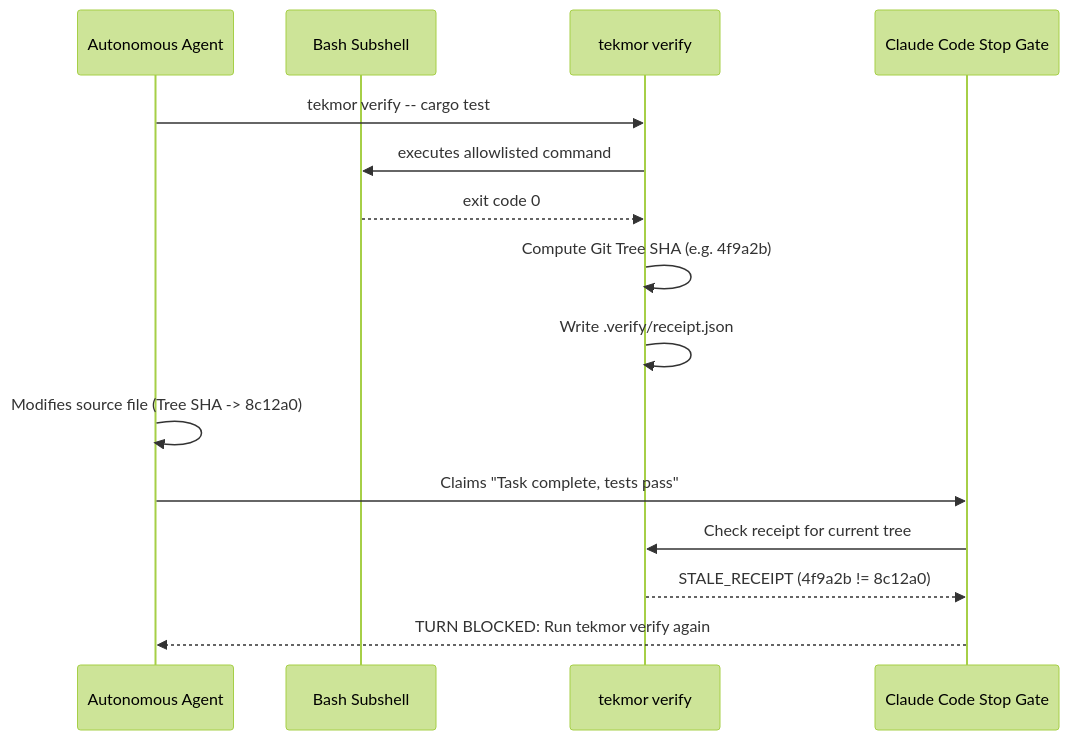
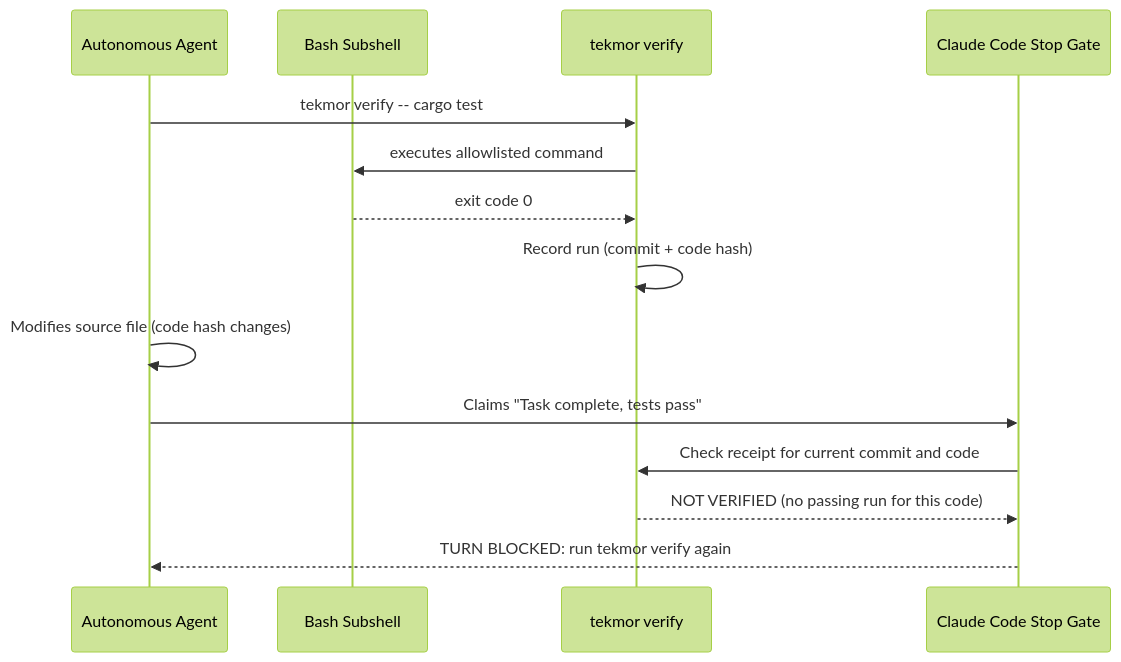
The diagram in src/routes/tekmor/docs/verification/+page.md (autonomic-ai-dev/website), drawn with Mermaid (forest theme) before and after one commit. The commit also changed other lines of this file and 20 other files, not shown here.

````diff
--- a/src/routes/tekmor/docs/verification/+page.md
+++ b/src/routes/tekmor/docs/verification/+page.md
@@ -17,18 +17,17 @@
 ```mermaid
 sequenceDiagram
     participant Agent as Autonomous Agent
     participant Shell as Bash Subshell
     participant Tekmor as tekmor verify
     participant Hook as Claude Code Stop Gate
 
     Agent->>Tekmor: tekmor verify -- cargo test
     Tekmor->>Shell: executes allowlisted command
     Shell-->>Tekmor: exit code 0
-    Tekmor->>Tekmor: Compute Git Tree SHA (e.g. 4f9a2b)
-    Tekmor->>Tekmor: Write .verify/receipt.json
-    Agent->>Agent: Modifies source file (Tree SHA -> 8c12a0)
+    Tekmor->>Tekmor: Record run (commit + code hash)
+    Agent->>Agent: Modifies source file (code hash changes)
     Agent->>Hook: Claims "Task complete, tests pass"
-    Hook->>Tekmor: Check receipt for current tree
-    Tekmor-->>Hook: STALE_RECEIPT (4f9a2b != 8c12a0)
-    Hook-->>Agent: TURN BLOCKED: Run tekmor verify again
+    Hook->>Tekmor: Check receipt for current commit and code
+    Tekmor-->>Hook: NOT VERIFIED (no passing run for this code)
+    Hook-->>Agent: TURN BLOCKED: run tekmor verify again
 ```
````
